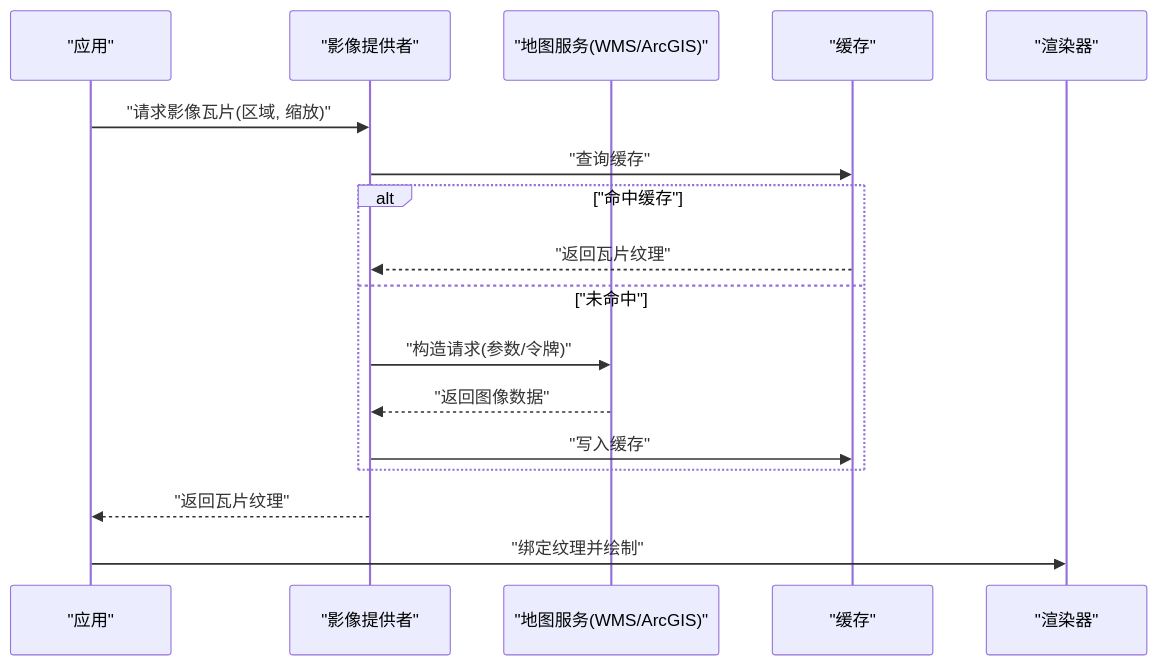
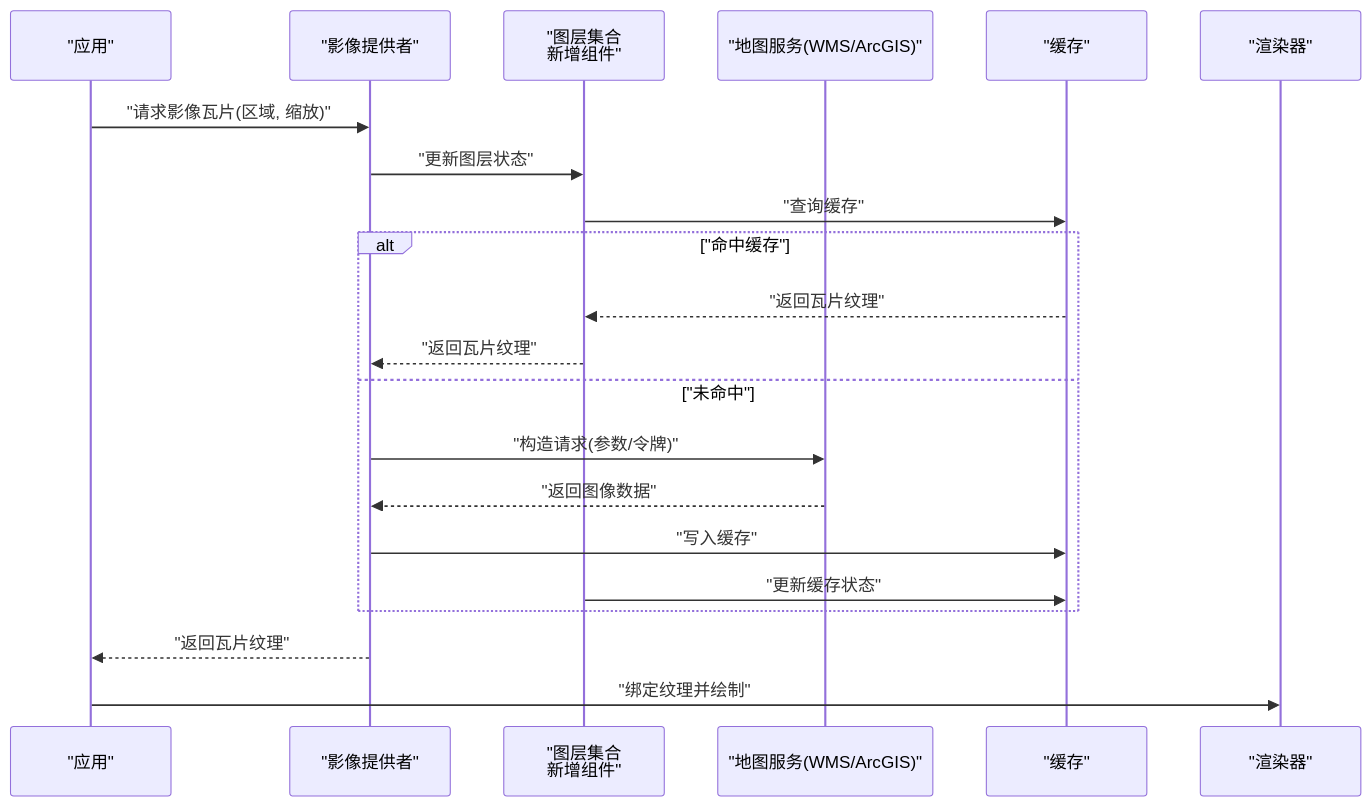
One commit to rzhangjing/cesium changed the fourth of 6 diagrams in .qoder/repowiki/zh/content/项目概述/核心特性/地形与影像系统/地形与影像系统.md. Above: the diagram before and after it, drawn with Mermaid. The commit also changed other lines of this file and 92 other files, not shown here.

````diff
--- a/.qoder/repowiki/zh/content/项目概述/核心特性/地形与影像系统/地形与影像系统.md
+++ b/.qoder/repowiki/zh/content/项目概述/核心特性/地形与影像系统/地形与影像系统.md
@@ -183,19 +204,23 @@
 ```mermaid
 sequenceDiagram
 participant App as "应用"
 participant IP as "影像提供者"
+participant LC as "图层集合<br/>新增组件"
 participant Svc as "地图服务(WMS/ArcGIS)"
 participant Cache as "缓存"
 participant Rnd as "渲染器"
 App->>IP : "请求影像瓦片(区域, 缩放)"
-IP->>Cache : "查询缓存"
+IP->>LC : "更新图层状态"
+LC->>Cache : "查询缓存"
 alt "命中缓存"
-Cache-->>IP : "返回瓦片纹理"
+Cache-->>LC : "返回瓦片纹理"
+LC-->>IP : "返回瓦片纹理"
 else "未命中"
 IP->>Svc : "构造请求(参数/令牌)"
 Svc-->>IP : "返回图像数据"
 IP->>Cache : "写入缓存"
+LC->>Cache : "更新缓存状态"
 end
 IP-->>App : "返回瓦片纹理"
 App->>Rnd : "绑定纹理并绘制"
 ```
````
